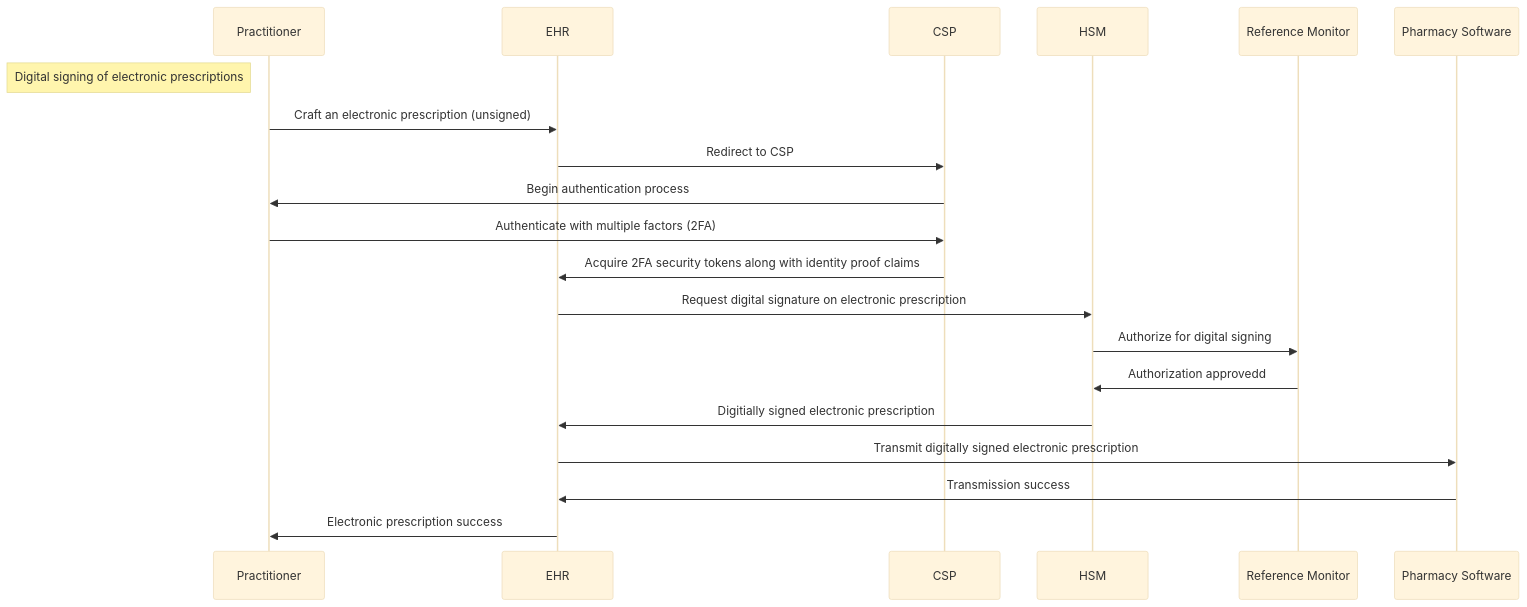
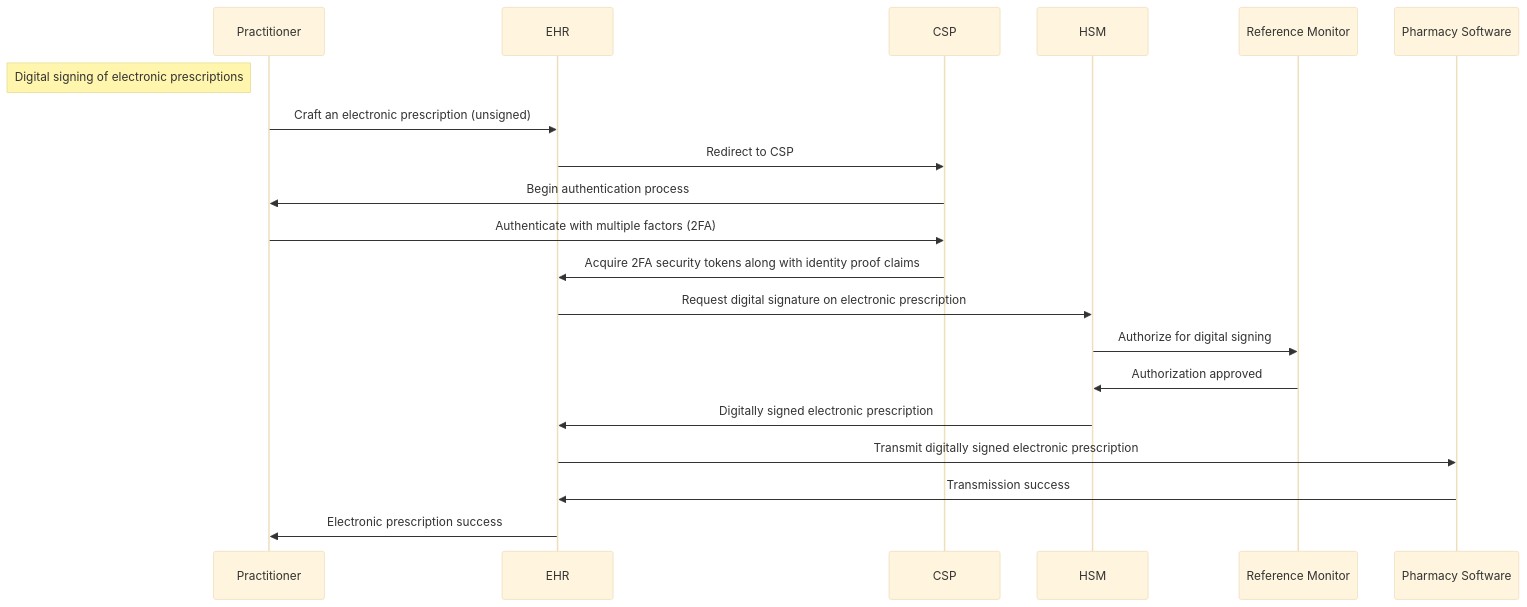
Before and after one commit to joshuanario/pepepages: the second of 2 diagrams in public/epcs.md, drawn with Mermaid (base theme). The commit also changed other lines of this file, not shown here.

Commit message:
more spelling fixes

````diff
--- a/public/epcs.md
+++ b/public/epcs.md
@@ -46,16 +46,16 @@
 ```mermaid
 sequenceDiagram
     Note left of Practitioner: Digital signing of electronic prescriptions
     Practitioner->>EHR: Craft an electronic prescription (unsigned)
     EHR->>CSP: Redirect to CSP
     CSP->>Practitioner: Begin authentication process
     Practitioner->>CSP: Authenticate with multiple factors (2FA)
     CSP->>EHR: Acquire 2FA security tokens along with identity proof claims
     EHR->>HSM: Request digital signature on electronic prescription
     HSM->>Reference Monitor: Authorize for digital signing
-    Reference Monitor->>HSM: Authorization approvedd
-    HSM->>EHR: Digitially signed electronic prescription
+    Reference Monitor->>HSM: Authorization approved
+    HSM->>EHR: Digitally signed electronic prescription
     EHR->>Pharmacy Software: Transmit digitally signed electronic prescription
     Pharmacy Software->>EHR: Transmission success
     EHR->>Practitioner: Electronic prescription success
 ```
````
